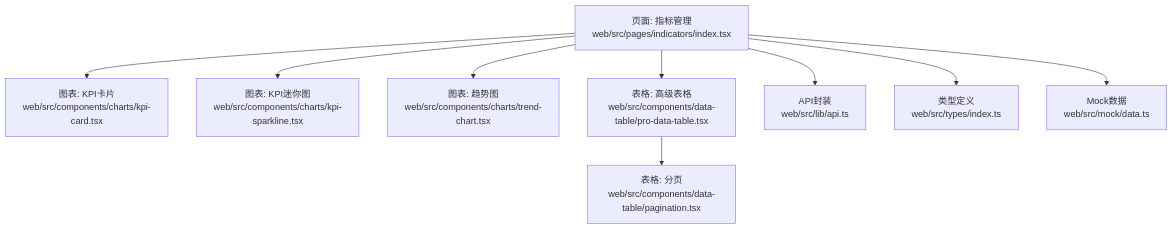
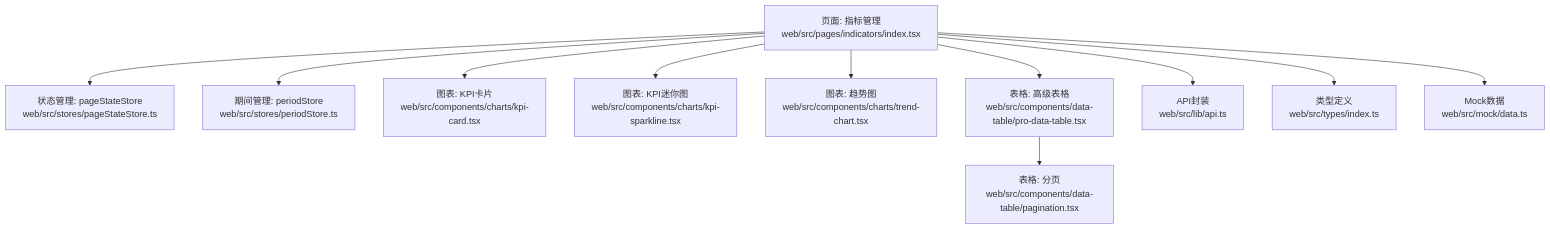
One commit to Damao997/newproject changed the first of 3 diagrams in .qoder/repowiki/zh/content/页面组件/指标管理页面.md. Above: the diagram before and after it, drawn with Mermaid. The commit also changed other lines of this file and 22 other files, not shown here.

````diff
--- a/.qoder/repowiki/zh/content/页面组件/指标管理页面.md
+++ b/.qoder/repowiki/zh/content/页面组件/指标管理页面.md
@@ -47,11 +51,13 @@
 ```mermaid
 graph TB
-A["页面: 指标管理<br/>web/src/pages/indicators/index.tsx"] --> B["图表: KPI卡片<br/>web/src/components/charts/kpi-card.tsx"]
-A --> C["图表: KPI迷你图<br/>web/src/components/charts/kpi-sparkline.tsx"]
-A --> D["图表: 趋势图<br/>web/src/components/charts/trend-chart.tsx"]
-A --> E["表格: 高级表格<br/>web/src/components/data-table/pro-data-table.tsx"]
-E --> F["表格: 分页<br/>web/src/components/data-table/pagination.tsx"]
-A --> G["API封装<br/>web/src/lib/api.ts"]
-A --> H["类型定义<br/>web/src/types/index.ts"]
-A --> I["Mock数据<br/>web/src/mock/data.ts"]
+A["页面: 指标管理<br/>web/src/pages/indicators/index.tsx"] --> B["状态管理: pageStateStore<br/>web/src/stores/pageStateStore.ts"]
+A --> C["期间管理: periodStore<br/>web/src/stores/periodStore.ts"]
+A --> D["图表: KPI卡片<br/>web/src/components/charts/kpi-card.tsx"]
+A --> E["图表: KPI迷你图<br/>web/src/components/charts/kpi-sparkline.tsx"]
+A --> F["图表: 趋势图<br/>web/src/components/charts/trend-chart.tsx"]
+A --> G["表格: 高级表格<br/>web/src/components/data-table/pro-data-table.tsx"]
+G --> H["表格: 分页<br/>web/src/components/data-table/pagination.tsx"]
+A --> I["API封装<br/>web/src/lib/api.ts"]
+A --> J["类型定义<br/>web/src/types/index.ts"]
+A --> K["Mock数据<br/>web/src/mock/data.ts"]
 ```
````
